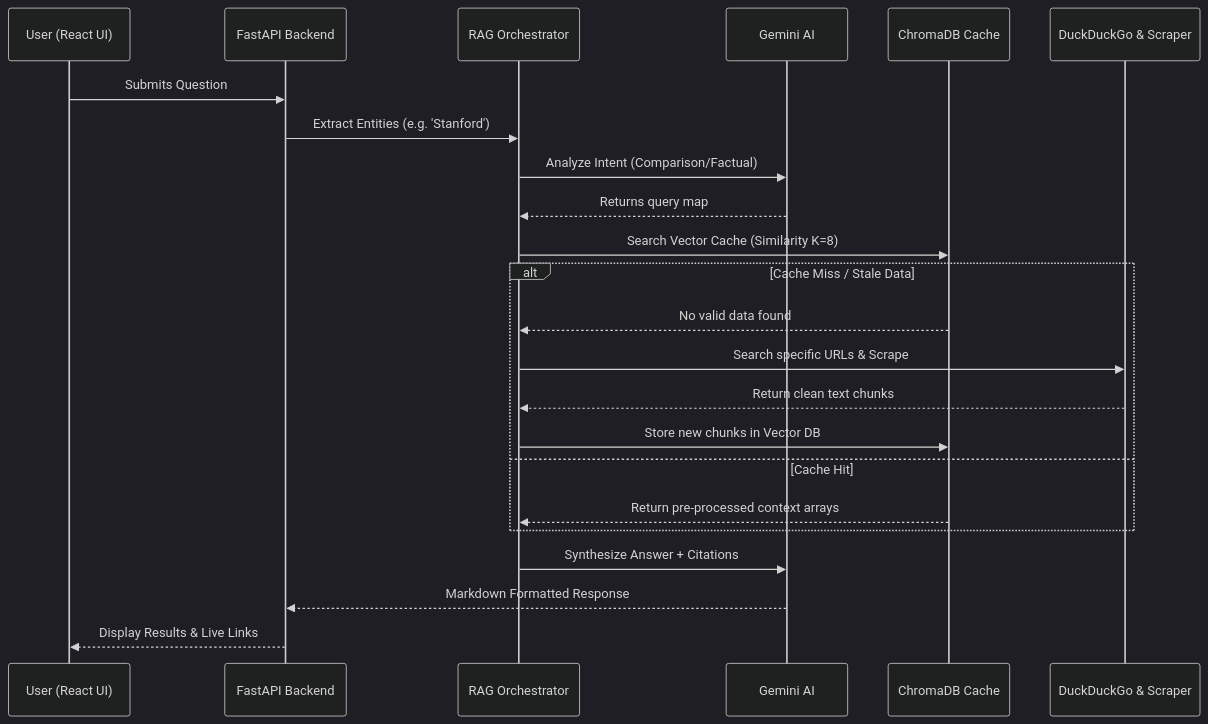
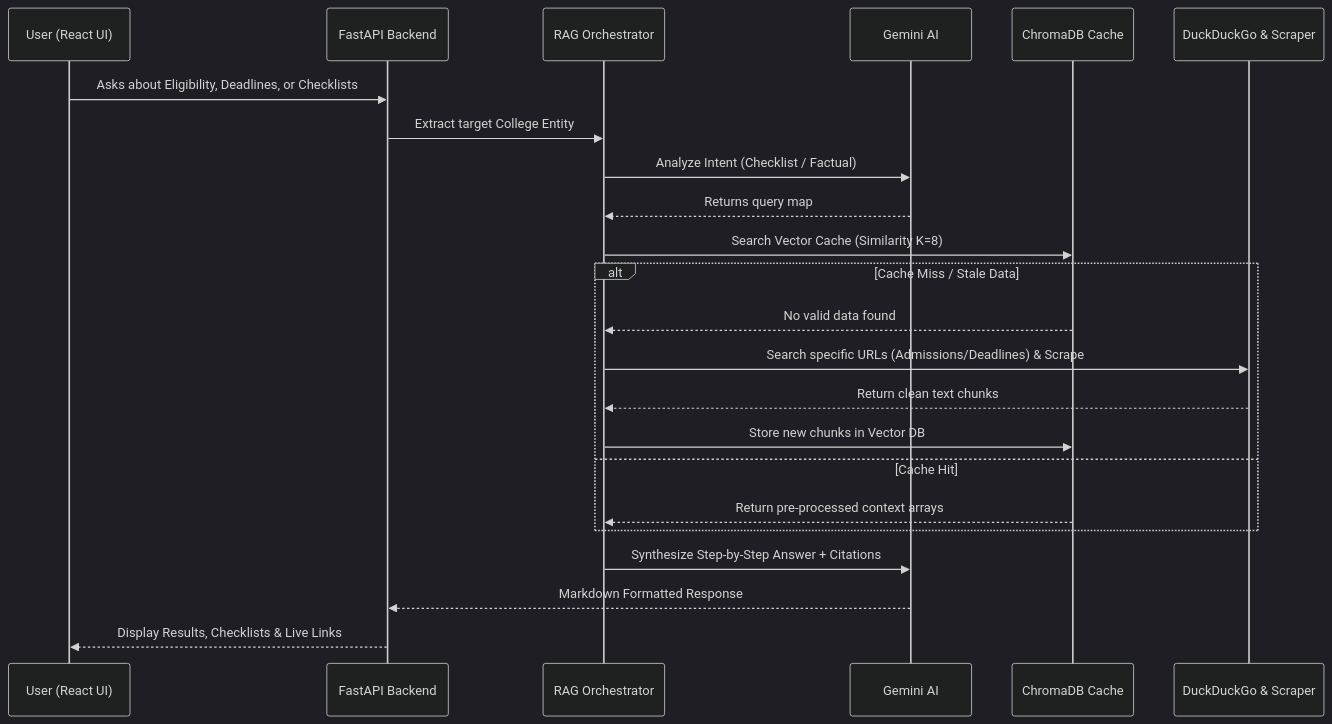
The first of 2 diagrams in README.md (sanjaycit/admission_assistant_ai_mini_project), drawn with Mermaid (dark theme) before and after one commit. The commit also changed other lines of this file and 3 other files, not shown here.

````diff
--- a/README.md
+++ b/README.md
@@ -89,28 +20,28 @@
 ```mermaid
 sequenceDiagram
     participant U as User (React UI)
     participant API as FastAPI Backend
     participant RAG as RAG Orchestrator
     participant LLM as Gemini AI
     participant DB as ChromaDB Cache
     participant Web as DuckDuckGo & Scraper
 
-    U->>API: Submits Question
-    API->>RAG: Extract Entities (e.g. 'Stanford')
-    RAG->>LLM: Analyze Intent (Comparison/Factual)
+    U->>API: Asks about Eligibility, Deadlines, or Checklists
+    API->>RAG: Extract target College Entity
+    RAG->>LLM: Analyze Intent (Checklist / Factual)
     LLM-->>RAG: Returns query map
     RAG->>DB: Search Vector Cache (Similarity K=8)
     
     alt Cache Miss / Stale Data
         DB-->>RAG: No valid data found
-        RAG->>Web: Search specific URLs & Scrape
+        RAG->>Web: Search specific URLs (Admissions/Deadlines) & Scrape
         Web-->>RAG: Return clean text chunks
         RAG->>DB: Store new chunks in Vector DB
     else Cache Hit
         DB-->>RAG: Return pre-processed context arrays
     end
 
-    RAG->>LLM: Synthesize Answer + Citations
+    RAG->>LLM: Synthesize Step-by-Step Answer + Citations
     LLM-->>API: Markdown Formatted Response
-    API-->>U: Display Results & Live Links
+    API-->>U: Display Results, Checklists & Live Links
 ```
````
